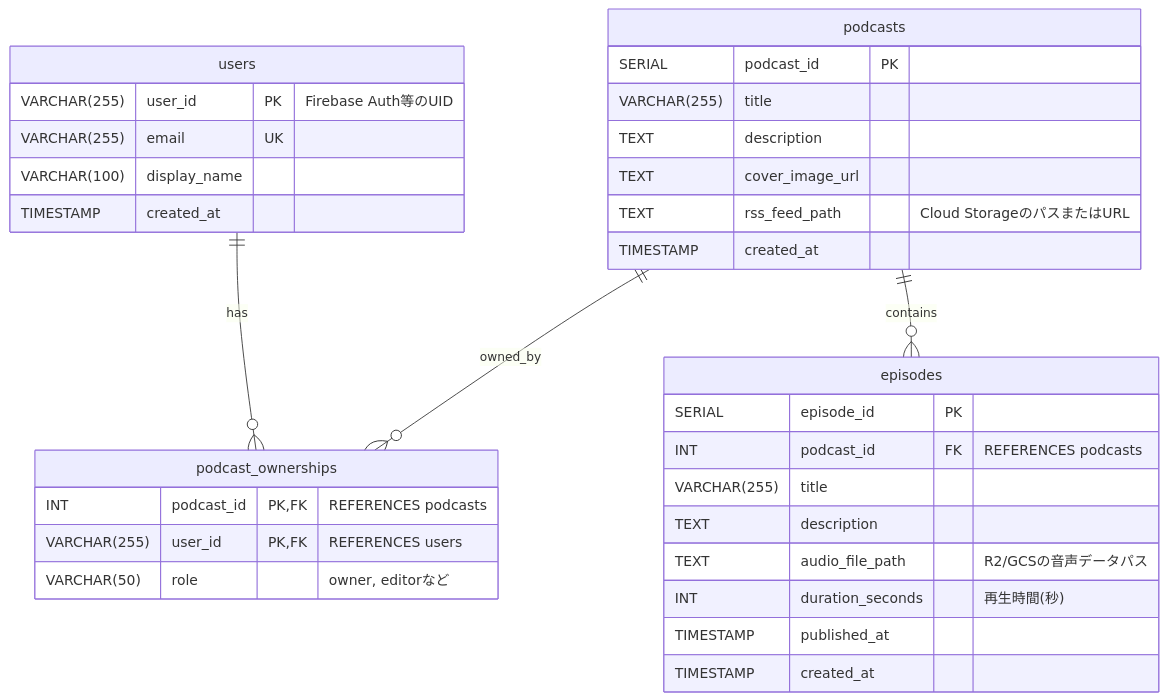
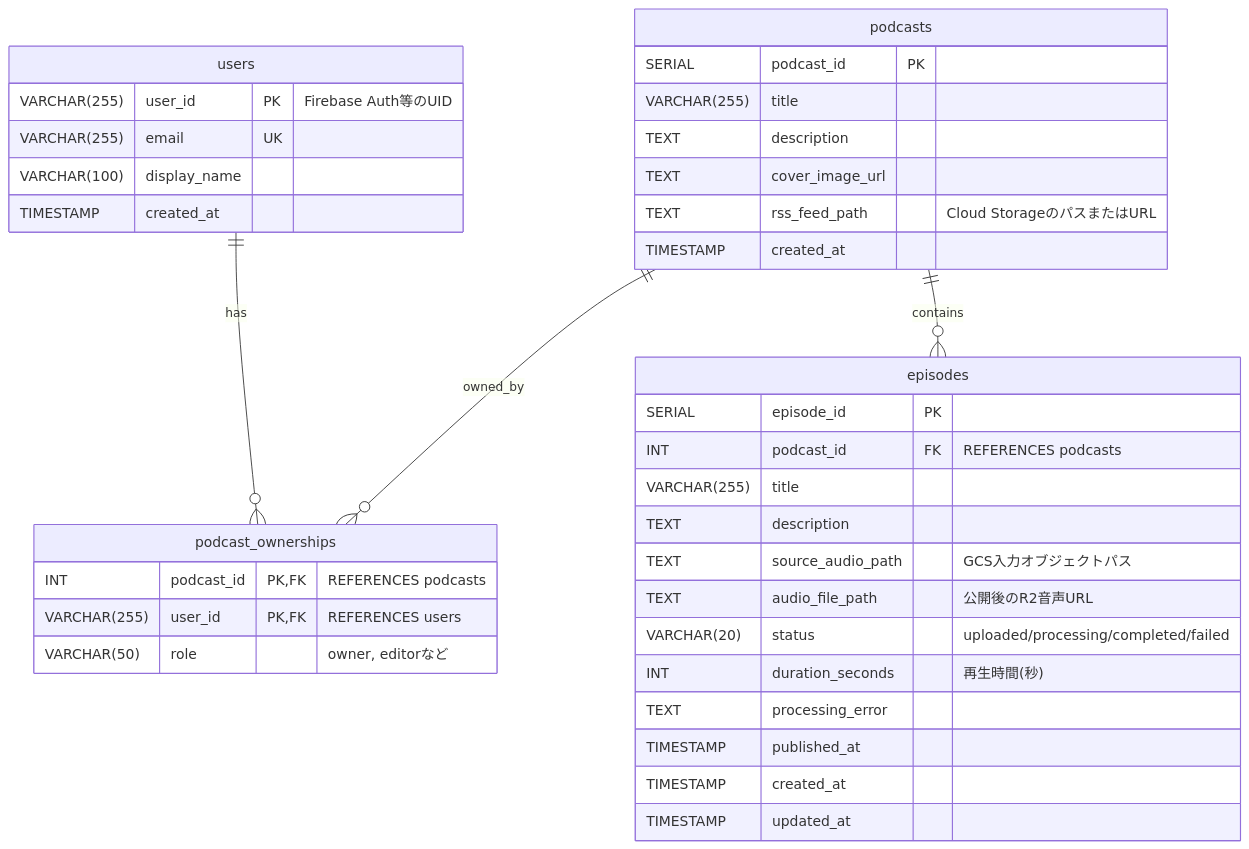
The diagram in automator/app/docs/DATA_SCHEMA.md (sunaba-log/sparkcast), drawn with Mermaid before and after one commit. The commit also changed other lines of this file and 25 other files, not shown here.

````diff
--- a/automator/app/docs/DATA_SCHEMA.md
+++ b/automator/app/docs/DATA_SCHEMA.md
@@ -15,39 +15,43 @@
 ```mermaid
 erDiagram
     users ||--o{ podcast_ownerships : "has"
     podcasts ||--o{ podcast_ownerships : "owned_by"
     podcasts ||--o{ episodes : "contains"
 
     users {
         VARCHAR(255) user_id PK "Firebase Auth等のUID"
         VARCHAR(255) email UK
         VARCHAR(100) display_name
         TIMESTAMP created_at
     }
 
     podcasts {
         SERIAL podcast_id PK
         VARCHAR(255) title
         TEXT description
         TEXT cover_image_url
         TEXT rss_feed_path "Cloud StorageのパスまたはURL"
         TIMESTAMP created_at
     }
 
     podcast_ownerships {
         INT podcast_id PK,FK "REFERENCES podcasts"
         VARCHAR(255) user_id PK,FK "REFERENCES users"
         VARCHAR(50) role "owner, editorなど"
     }
 
     episodes {
         SERIAL episode_id PK
         INT podcast_id FK "REFERENCES podcasts"
         VARCHAR(255) title
         TEXT description
-        TEXT audio_file_path "R2/GCSの音声データパス"
+        TEXT source_audio_path "GCS入力オブジェクトパス"
+        TEXT audio_file_path "公開後のR2音声URL"
+        VARCHAR(20) status "uploaded/processing/completed/failed"
         INT duration_seconds "再生時間(秒)"
+        TEXT processing_error
         TIMESTAMP published_at
         TIMESTAMP created_at
+        TIMESTAMP updated_at
     }
 ```
````
